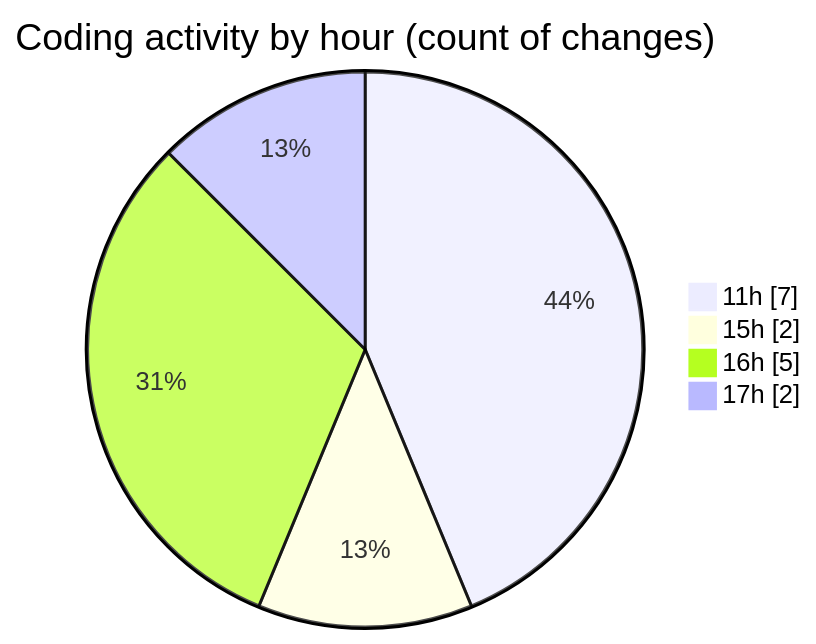
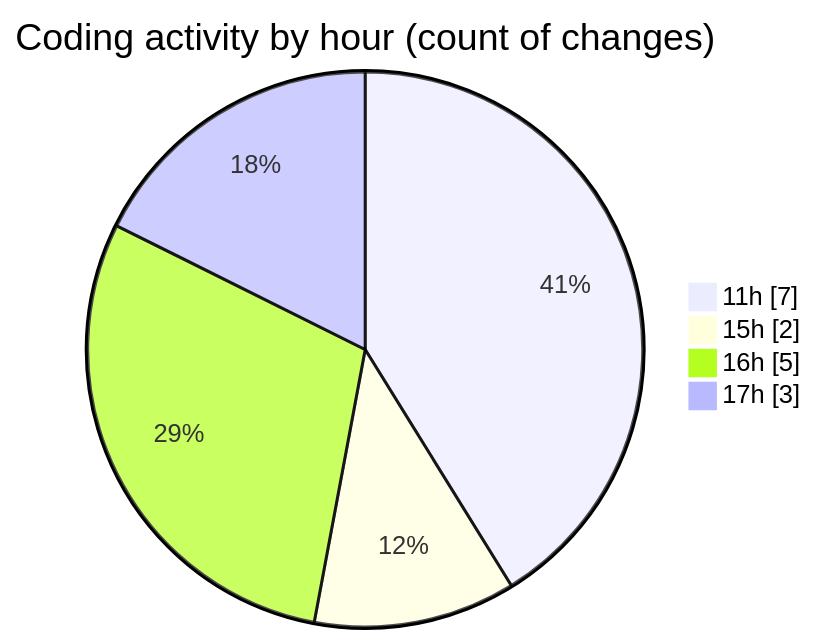
One commit to jcpc91/code-tracking changed the second of 2 diagrams in 2025-05-12/cancelacionsegurosvida/README.md. Above: the diagram before and after it, drawn with Mermaid. The commit also changed other lines of this file and 1 other file, not shown here.

````diff
--- a/2025-05-12/cancelacionsegurosvida/README.md
+++ b/2025-05-12/cancelacionsegurosvida/README.md
@@ -32,8 +32,8 @@
 ```mermaid
 pie showData
 title Coding activity by hour (count of changes)
 "11h" : 7
 "15h" : 2
 "16h" : 5
-"17h" : 2
+"17h" : 3
 ```
````
